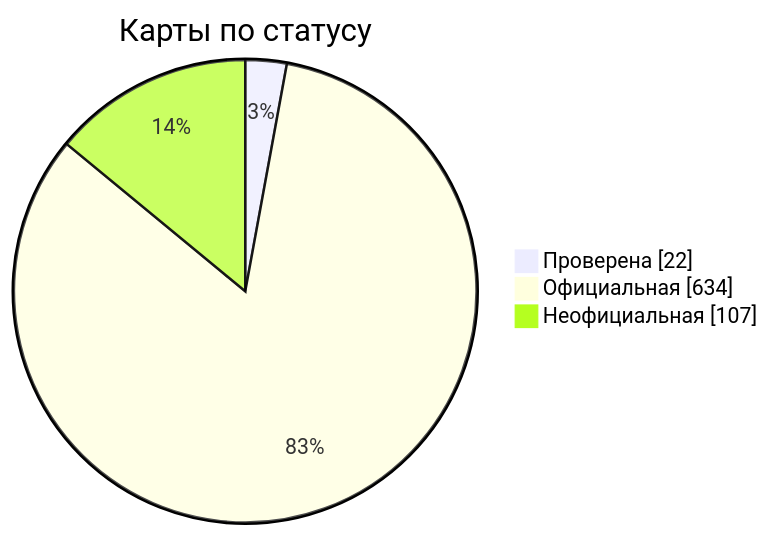
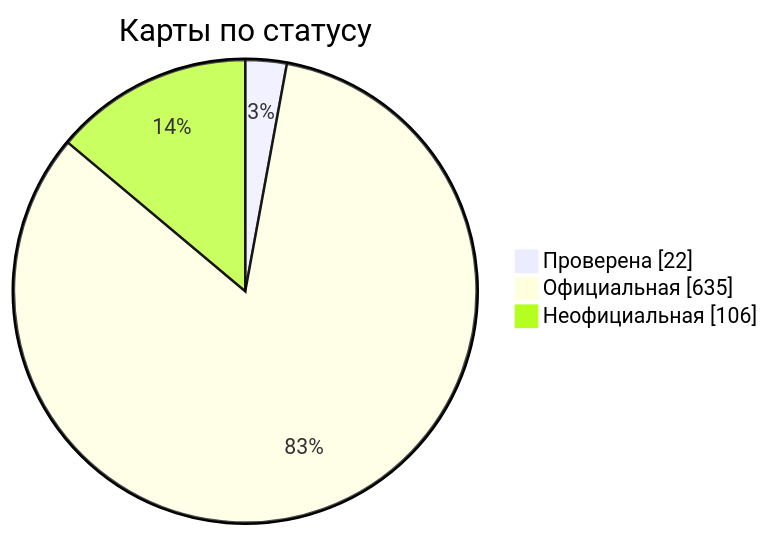
Before and after one commit to nobrega8/mbmap-library: the diagram in docs/readme/README_RU.md, drawn with Mermaid. The commit also changed 8 other files, not shown here.

````diff
--- a/docs/readme/README_RU.md
+++ b/docs/readme/README_RU.md
@@ -54,7 +54,7 @@
 ```mermaid
 pie showData
     title Карты по статусу
     "Проверена" : 22
-    "Официальная" : 634
-    "Неофициальная" : 107
+    "Официальная" : 635
+    "Неофициальная" : 106
 ```
````
